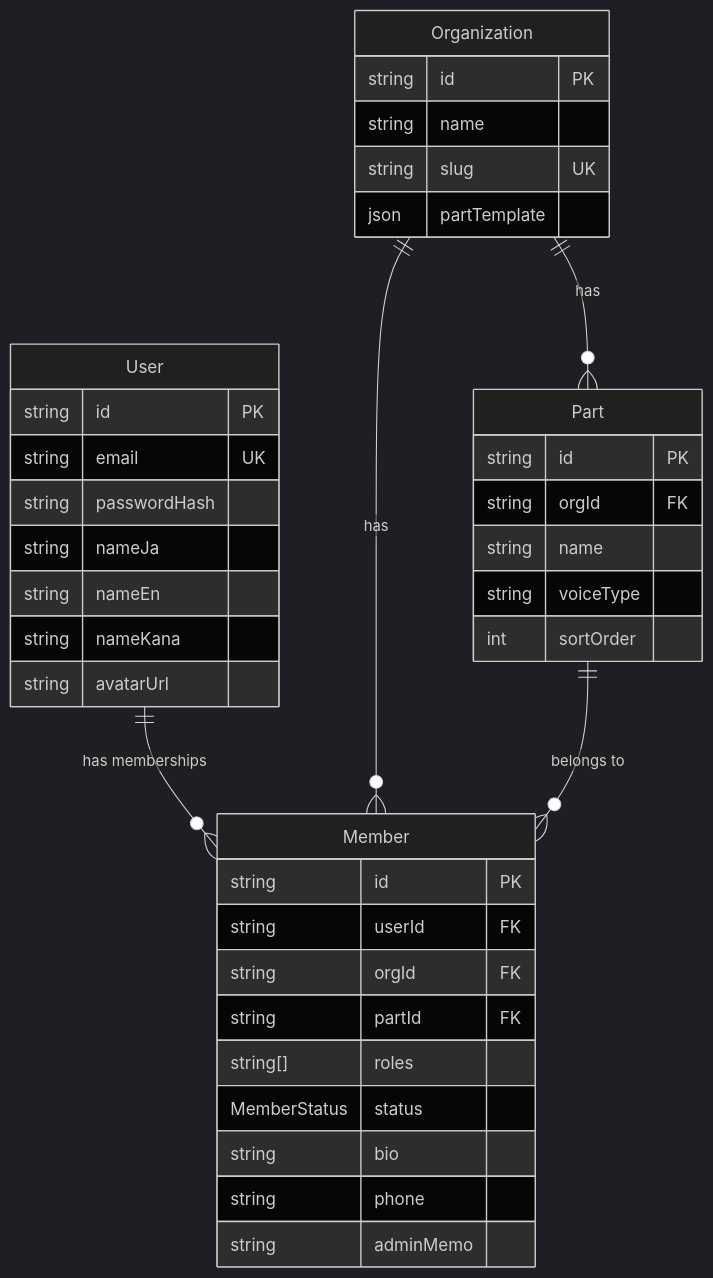
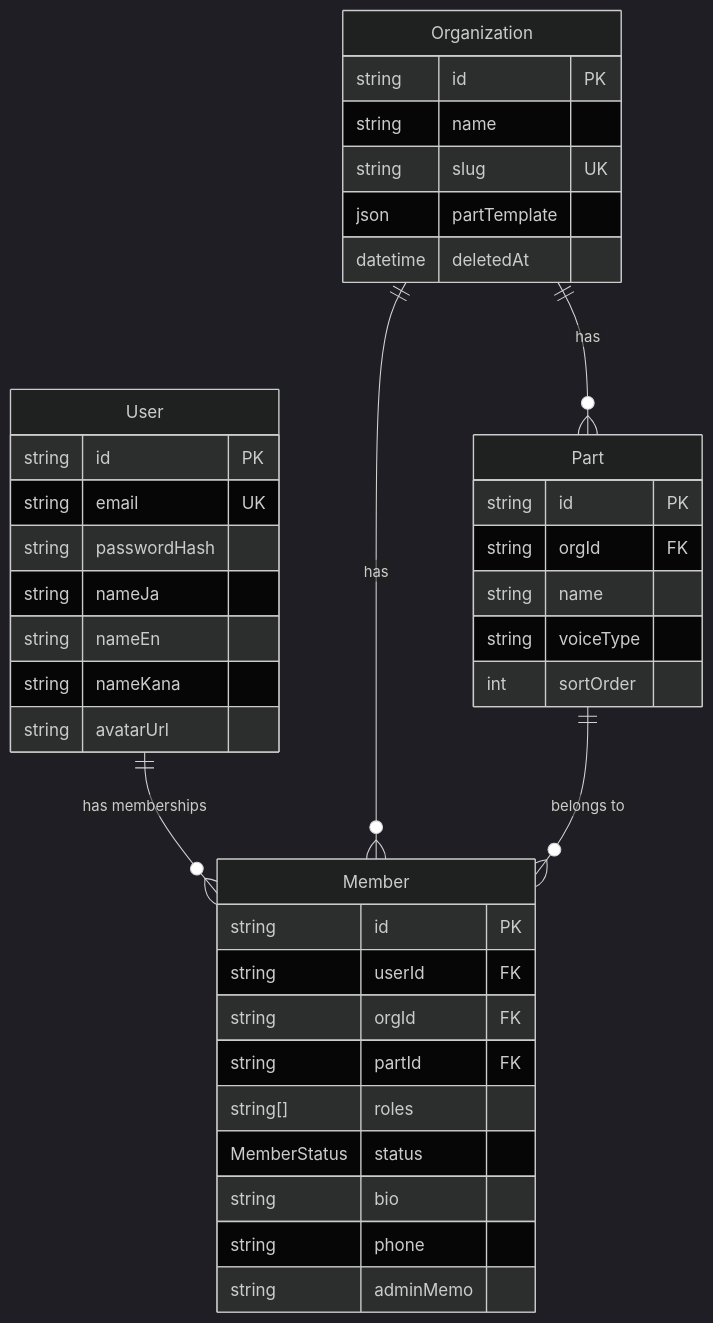
The second of 8 diagrams in docs/database.md (Genki1019/choirhub), drawn with Mermaid (dark theme) before and after one commit. The commit also changed other lines of this file and 98 other files, not shown here.

````diff
--- a/docs/database.md
+++ b/docs/database.md
@@ -111,41 +111,42 @@
 ```mermaid
 erDiagram
     User {
         string id PK
         string email UK
         string passwordHash
         string nameJa
         string nameEn
         string nameKana
         string avatarUrl
     }
     Organization {
-        string id PK
-        string name
-        string slug UK
-        json   partTemplate
+        string   id PK
+        string   name
+        string   slug UK
+        json     partTemplate
+        datetime deletedAt
     }
     Part {
         string id PK
         string orgId FK
         string name
         string voiceType
         int    sortOrder
     }
     Member {
         string       id PK
         string       userId FK
         string       orgId FK
         string       partId FK
         string[]     roles
         MemberStatus status
         string       bio
         string       phone
         string       adminMemo
     }
 
     User         ||--o{ Member : "has memberships"
     Organization ||--o{ Part   : "has"
     Organization ||--o{ Member : "has"
     Part         ||--o{ Member : "belongs to"
 ```
````
